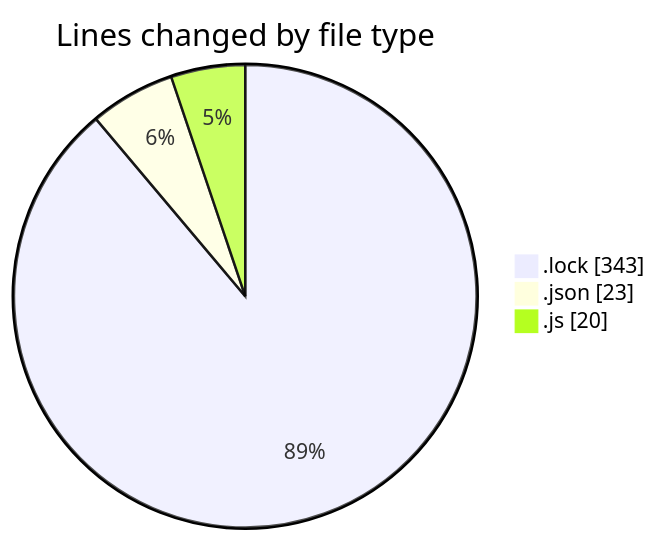
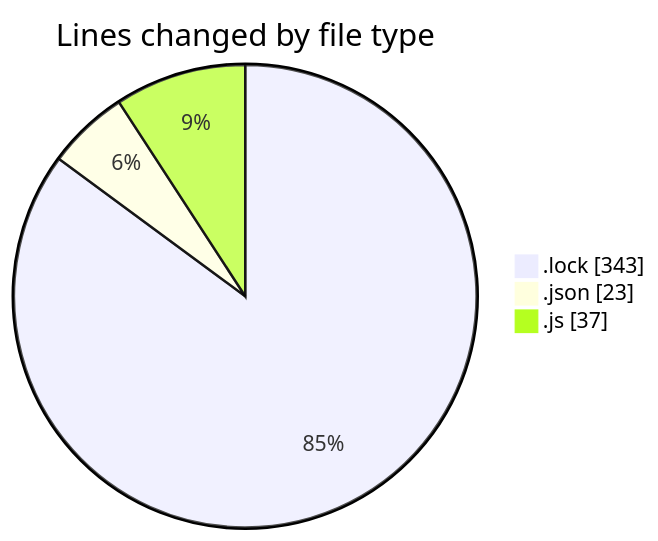
One commit to momahboobian/code-tracking changed the first of 2 diagrams in 2025-01-30/cda/README.md. Above: the diagram before and after it, drawn with Mermaid. The commit also changed other lines of this file and 1 other file, not shown here.

````diff
--- a/2025-01-30/cda/README.md
+++ b/2025-01-30/cda/README.md
@@ -22,7 +23,7 @@
 ```mermaid
 pie showData
 title Lines changed by file type
 ".lock" : 343
 ".json" : 23
-".js" : 20
+".js" : 37
 ```
````
